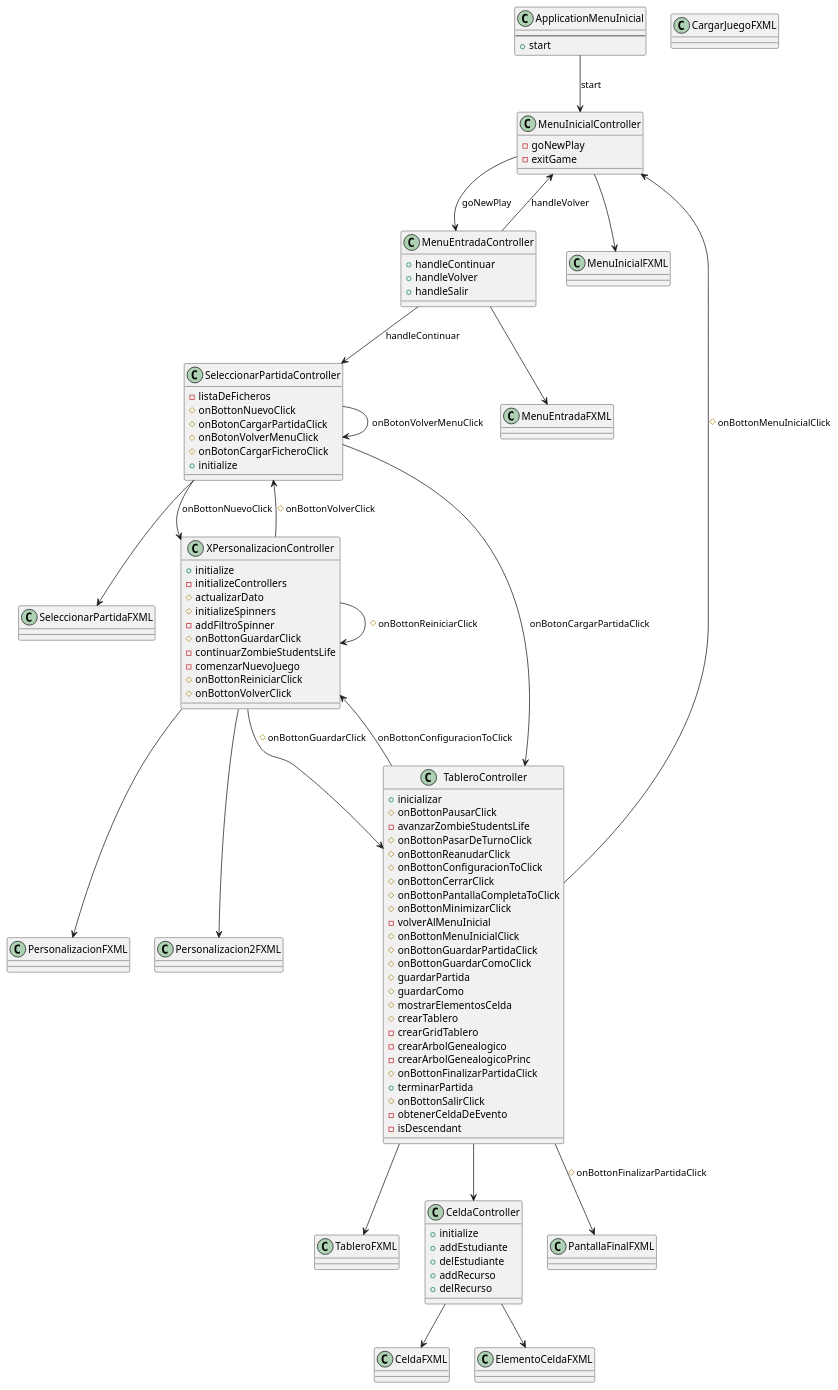
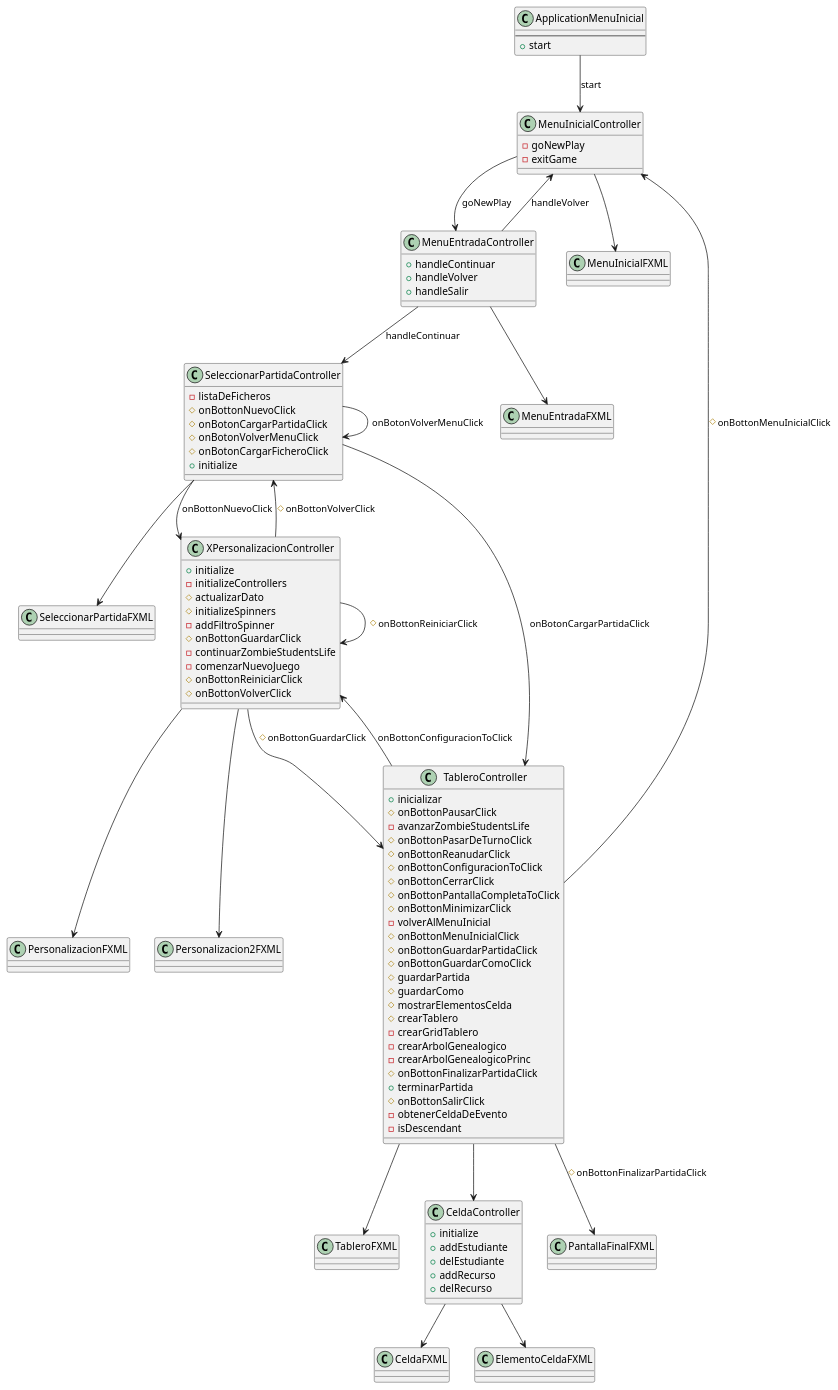
Before and after one commit to analuciaguerrero/pFinal: the diagram in diagramas/DiagramaDeSecuencias.puml, drawn with PlantUML.

Commit message:
secuencia2

```diff
--- a/diagramas/DiagramaDeSecuencias.puml
+++ b/diagramas/DiagramaDeSecuencias.puml
@@ -1,119 +1,118 @@
 @startuml
 'https://plantuml.com/sequence-diagram
 
 class ApplicationMenuInicial {
 --
 +start
 }
 class MenuInicialController{
 -goNewPlay
 -exitGame
 }
 class MenuEntradaController{
 +handleContinuar
 +handleVolver
 +handleSalir
 }
 class SeleccionarPartidaController{
 -listaDeFicheros
 # onBottonNuevoClick
 # onBotonCargarPartidaClick
 # onBotonVolverMenuClick
 # onBotonCargarFicheroClick
 + initialize
 }
 
 
 class MenuInicialFXML{}
 class MenuEntradaFXML{}
 class SeleccionarPartidaFXML{}
 
 
 class XPersonalizacionController{
 +initialize
 -initializeControllers
 #actualizarDato
 #initializeSpinners
 -addFiltroSpinner
 #onBottonGuardarClick
 -continuarZombieStudentsLife
 -comenzarNuevoJuego
 #onBottonReiniciarClick
 #onBottonVolverClick
 }
 
 
 class PersonalizacionFXML{}
 class Personalizacion2FXML{}
 
 
 class TableroController{
 +inicializar
 # onBottonPausarClick
 -avanzarZombieStudentsLife
 # onBottonPasarDeTurnoClick
 # onBottonReanudarClick
 # onBottonConfiguracionToClick
 #onBottonCerrarClick
 #onBottonPantallaCompletaToClick
 #onBottonMinimizarClick
 -volverAlMenuInicial
 #onBottonMenuInicialClick
 #onBottonGuardarPartidaClick
 #onBottonGuardarComoClick
 #guardarPartida
 #guardarComo
 #mostrarElementosCelda
 #crearTablero
 -crearGridTablero
 -crearArbolGenealogico
 -crearArbolGenealogicoPrinc
 #onBottonFinalizarPartidaClick
 +terminarPartida
 #onBottonSalirClick
 -obtenerCeldaDeEvento
 -isDescendant
 }
 
 
 class TableroFXML{}
 
 
 class CeldaController{
 +initialize
 +addEstudiante
 +delEstudiante
 +addRecurso
 +delRecurso
 }
 
 
 class CeldaFXML{}
-class CargarJuegoFXML{}
 class ElementoCeldaFXML{}
 class PantallaFinalFXML{}
 
 ApplicationMenuInicial-->MenuInicialController:start
 MenuInicialController-->MenuEntradaController:goNewPlay
 MenuInicialController-->MenuInicialFXML
 MenuEntradaController-->SeleccionarPartidaController:handleContinuar
 MenuEntradaController-->MenuInicialController:handleVolver
 MenuEntradaController-->MenuEntradaFXML
 SeleccionarPartidaController-->XPersonalizacionController:onBottonNuevoClick
 SeleccionarPartidaController-->TableroController:onBotonCargarPartidaClick
 SeleccionarPartidaController-->SeleccionarPartidaController:onBotonVolverMenuClick
 SeleccionarPartidaController-->SeleccionarPartidaFXML
 XPersonalizacionController-->TableroController:#onBottonGuardarClick
 XPersonalizacionController-->XPersonalizacionController:#onBottonReiniciarClick
 XPersonalizacionController-->SeleccionarPartidaController:#onBottonVolverClick
 XPersonalizacionController-->PersonalizacionFXML
 XPersonalizacionController-->Personalizacion2FXML
 TableroController-->XPersonalizacionController:onBottonConfiguracionToClick
 TableroController-->MenuInicialController:#onBottonMenuInicialClick
 TableroController-->TableroFXML
 TableroController-->CeldaController
 TableroController-->PantallaFinalFXML:#onBottonFinalizarPartidaClick
 CeldaController-->CeldaFXML
 CeldaController-->ElementoCeldaFXML
 
 @enduml
```
